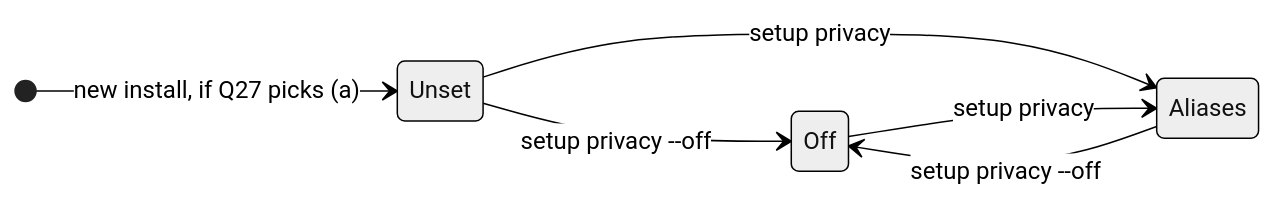
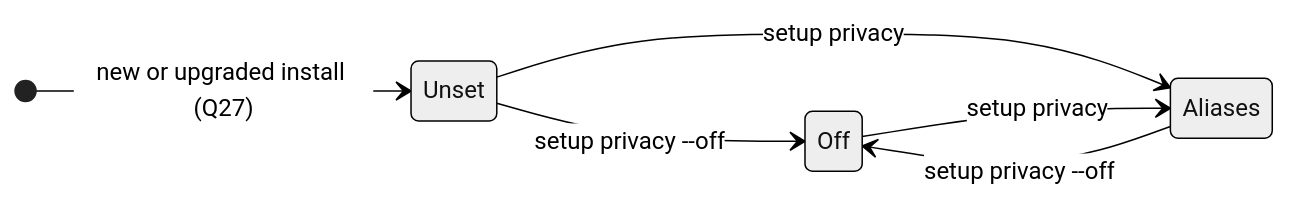
One commit to matt-w-horn/protonctl changed the third of 5 diagrams in docs/rfc-0001/04-design.md. Above: the diagram before and after it, drawn with Mermaid (neutral theme). The commit also changed other lines of this file and 60 other files, not shown here.

````diff
--- a/docs/rfc-0001/04-design.md
+++ b/docs/rfc-0001/04-design.md
@@ -164,9 +164,9 @@
 ```mermaid
 stateDiagram-v2
     direction LR
-    [*] --> Unset: new install, if Q27 picks (a)
+    [*] --> Unset: new or upgraded install (Q27)
     Unset --> Off: setup privacy --off
     Unset --> Aliases: setup privacy
     Off --> Aliases: setup privacy
     Aliases --> Off: setup privacy --off
 ```
````
